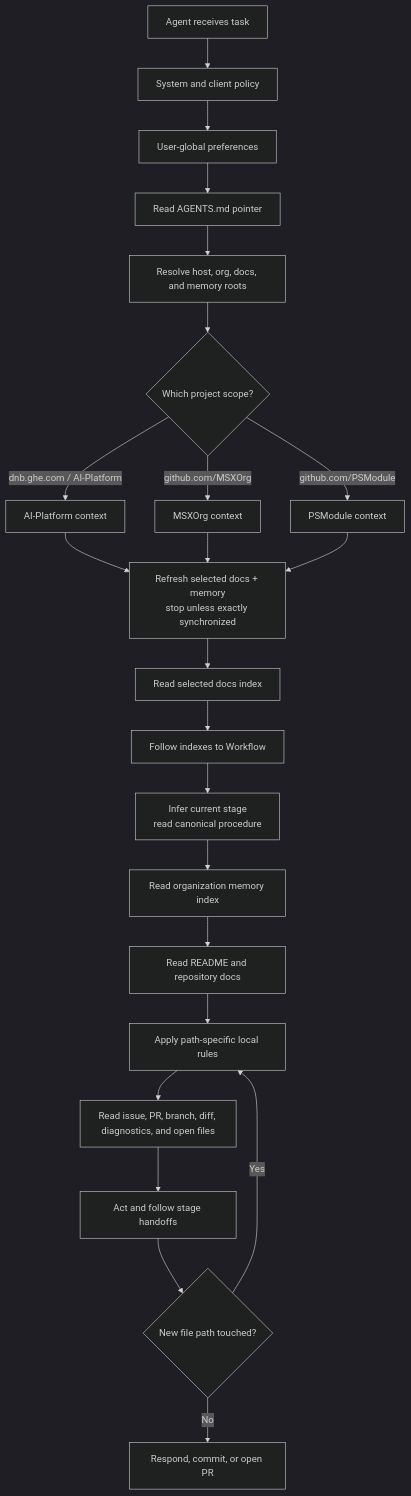
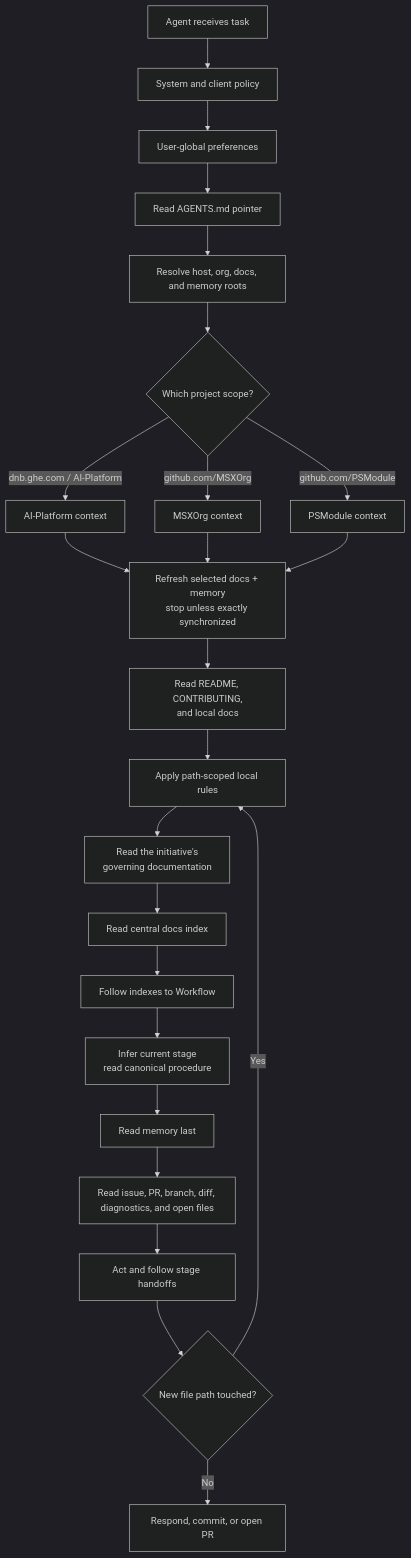
Before and after one commit to MSXOrg/docs: the diagram in src/docs/Capabilities/agentic-development/design.md, drawn with Mermaid (dark theme). The commit also changed other lines of this file, not shown here.

````diff
--- a/src/docs/Capabilities/agentic-development/design.md
+++ b/src/docs/Capabilities/agentic-development/design.md
@@ -128,29 +129,30 @@
 ```mermaid
 flowchart TD
   start["Agent receives task"] --> policy["System and client policy"]
   policy --> user["User-global preferences"]
   user --> pointer["Read AGENTS.md pointer"]
   pointer --> locate["Resolve host, org, docs, and memory roots"]
 
   locate --> host{"Which project scope?"}
   host -->|"dnb.ghe.com / AI-Platform"| aip["AI-Platform context"]
   host -->|"github.com/MSXOrg"| msx["MSXOrg context"]
   host -->|"github.com/PSModule"| psmodule["PSModule context"]
 
   aip --> refresh["Refresh selected docs + memory<br/>stop unless exactly synchronized"]
   msx --> refresh
   psmodule --> refresh
-  refresh --> docs["Read selected docs index"]
+  refresh --> repo["Read README, CONTRIBUTING,<br/>and local docs"]
+  repo --> path["Apply path-scoped local rules"]
+  path --> initiative["Read the initiative's<br/>governing documentation"]
+  initiative --> docs["Read central docs index"]
   docs --> workflow["Follow indexes to Workflow"]
 
   workflow --> stage["Infer current stage<br/>read canonical procedure"]
-  stage --> memory["Read organization memory index"]
-  memory --> repo["Read README and repository docs"]
-  repo --> path["Apply path-specific local rules"]
-  path --> task["Read issue, PR, branch, diff, diagnostics, and open files"]
+  stage --> memory["Read memory last"]
+  memory --> task["Read issue, PR, branch, diff, diagnostics, and open files"]
   task --> act["Act and follow stage handoffs"]
 
   act --> newpath{"New file path touched?"}
   newpath -->|"Yes"| path
   newpath -->|"No"| done["Respond, commit, or open PR"]
 ```
````
